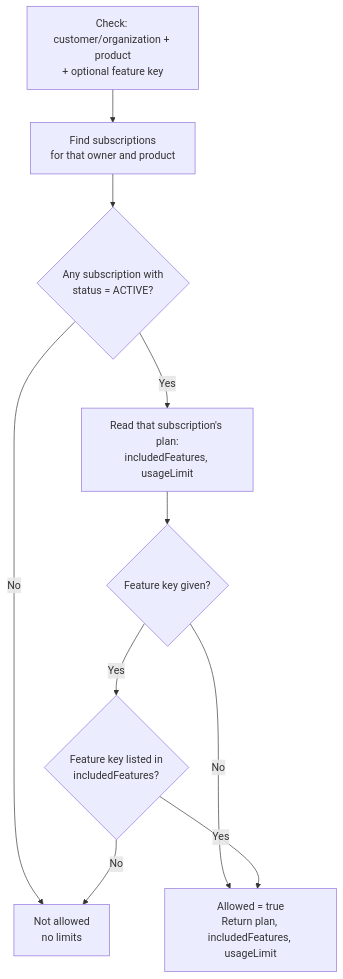
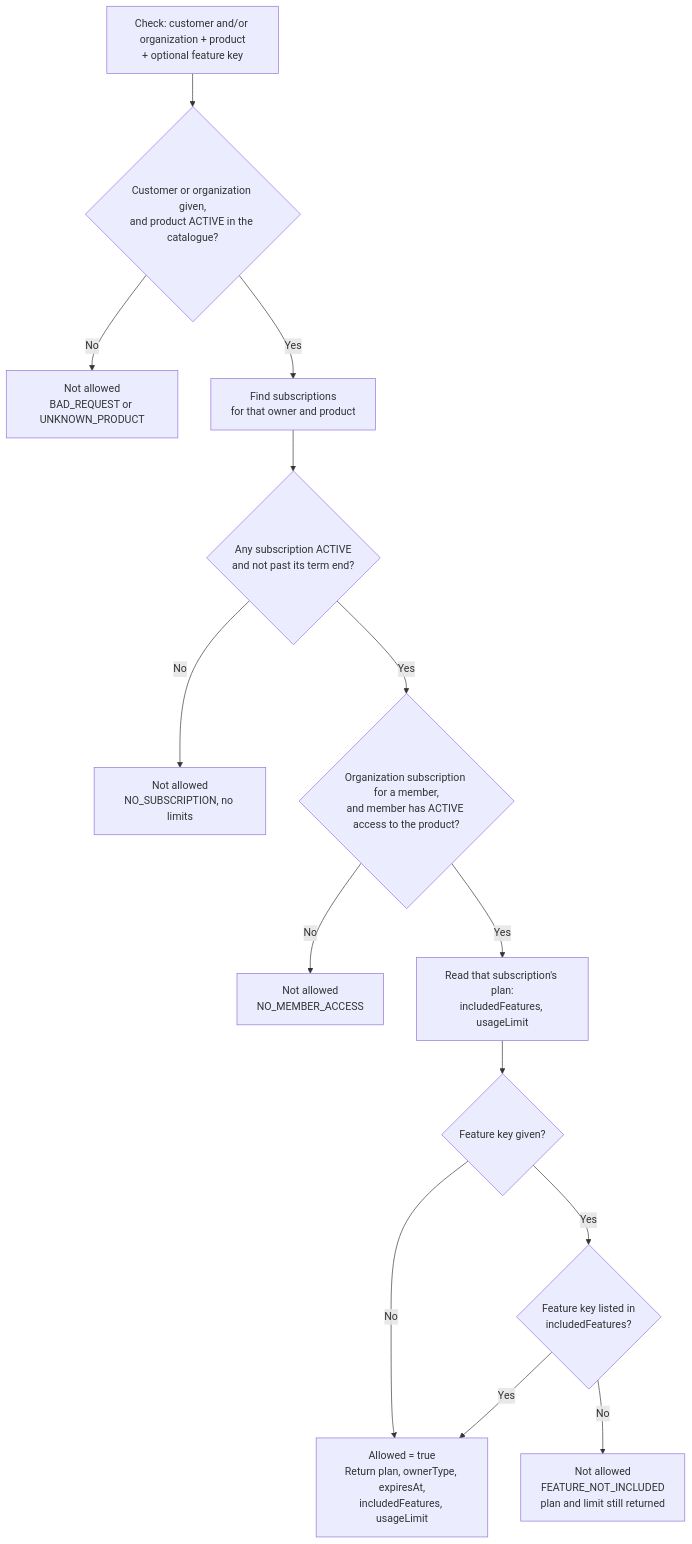
One commit to evyoog/Enterprise-Intelligence-Suite changed the first of 2 diagrams in docs/02-requirements/FRD/entitlements/workflow.md. Above: the diagram before and after it, drawn with Mermaid. The commit also changed other lines of this file and 21 other files, not shown here.

````diff
--- a/docs/02-requirements/FRD/entitlements/workflow.md
+++ b/docs/02-requirements/FRD/entitlements/workflow.md
@@ -4,12 +4,16 @@
 ```mermaid
 flowchart TD
-    A[Check: customer/organization + product<br/>+ optional feature key] --> B[Find subscriptions<br/>for that owner and product]
-    B --> C{Any subscription with<br/>status = ACTIVE?}
-    C -- No --> D[Not allowed<br/>no limits]
-    C -- Yes --> E[Read that subscription's plan:<br/>includedFeatures, usageLimit]
+    A[Check: customer and/or organization + product<br/>+ optional feature key] --> A1{Customer or organization given,<br/>and product ACTIVE in the catalogue?}
+    A1 -- No --> X[Not allowed<br/>BAD_REQUEST or UNKNOWN_PRODUCT]
+    A1 -- Yes --> B[Find subscriptions<br/>for that owner and product]
+    B --> C{Any subscription ACTIVE<br/>and not past its term end?}
+    C -- No --> D[Not allowed<br/>NO_SUBSCRIPTION, no limits]
+    C -- Yes --> M{Organization subscription for a member,<br/>and member has ACTIVE access to the product?}
+    M -- No --> N[Not allowed<br/>NO_MEMBER_ACCESS]
+    M -- Yes --> E[Read that subscription's plan:<br/>includedFeatures, usageLimit]
     E --> F{Feature key given?}
-    F -- No --> G[Allowed = true<br/>Return plan, includedFeatures, usageLimit]
+    F -- No --> G[Allowed = true<br/>Return plan, ownerType, expiresAt,<br/>includedFeatures, usageLimit]
     F -- Yes --> H{Feature key listed in<br/>includedFeatures?}
     H -- Yes --> G
-    H -- No --> D
+    H -- No --> I[Not allowed<br/>FEATURE_NOT_INCLUDED<br/>plan and limit still returned]
 ```
````
